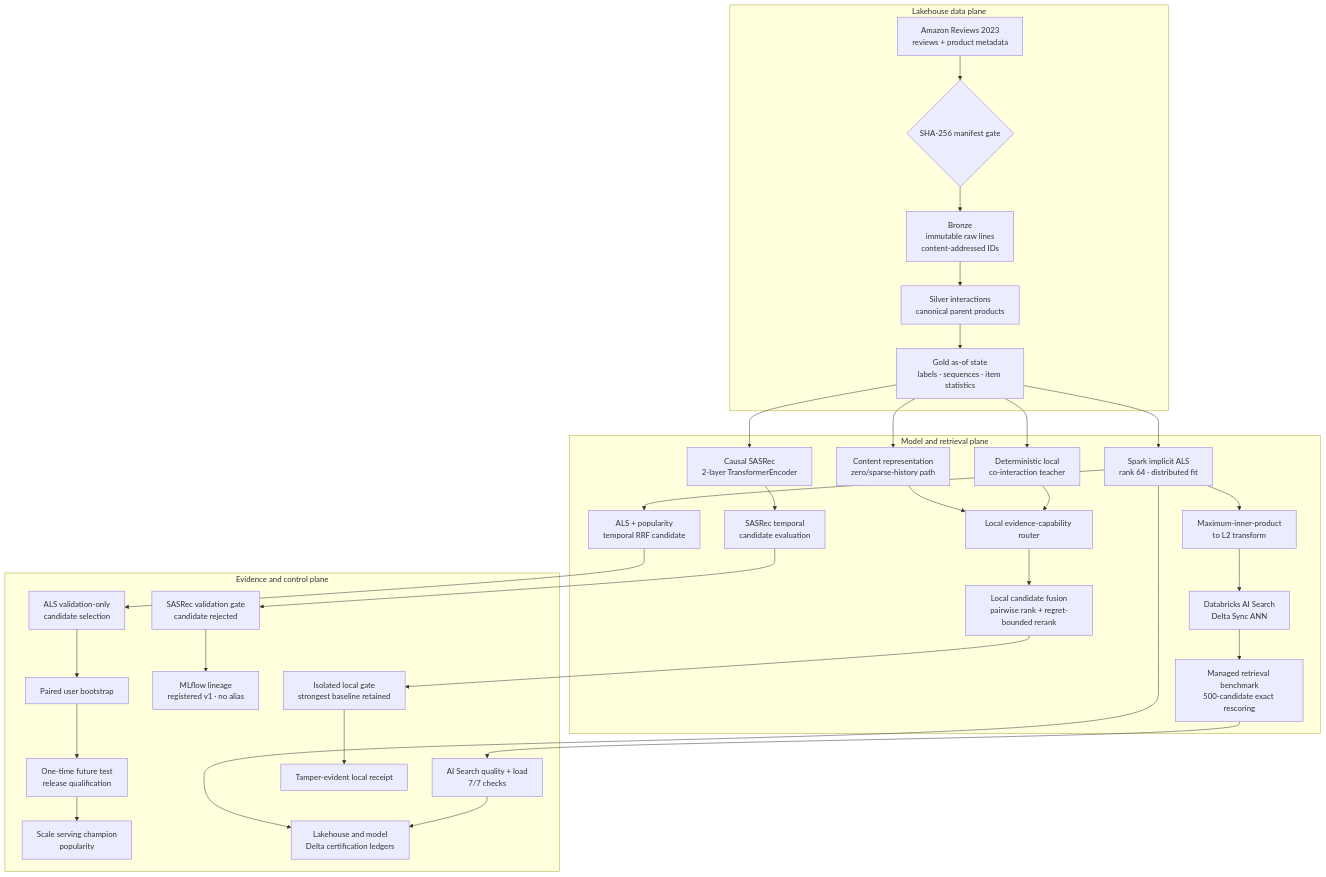
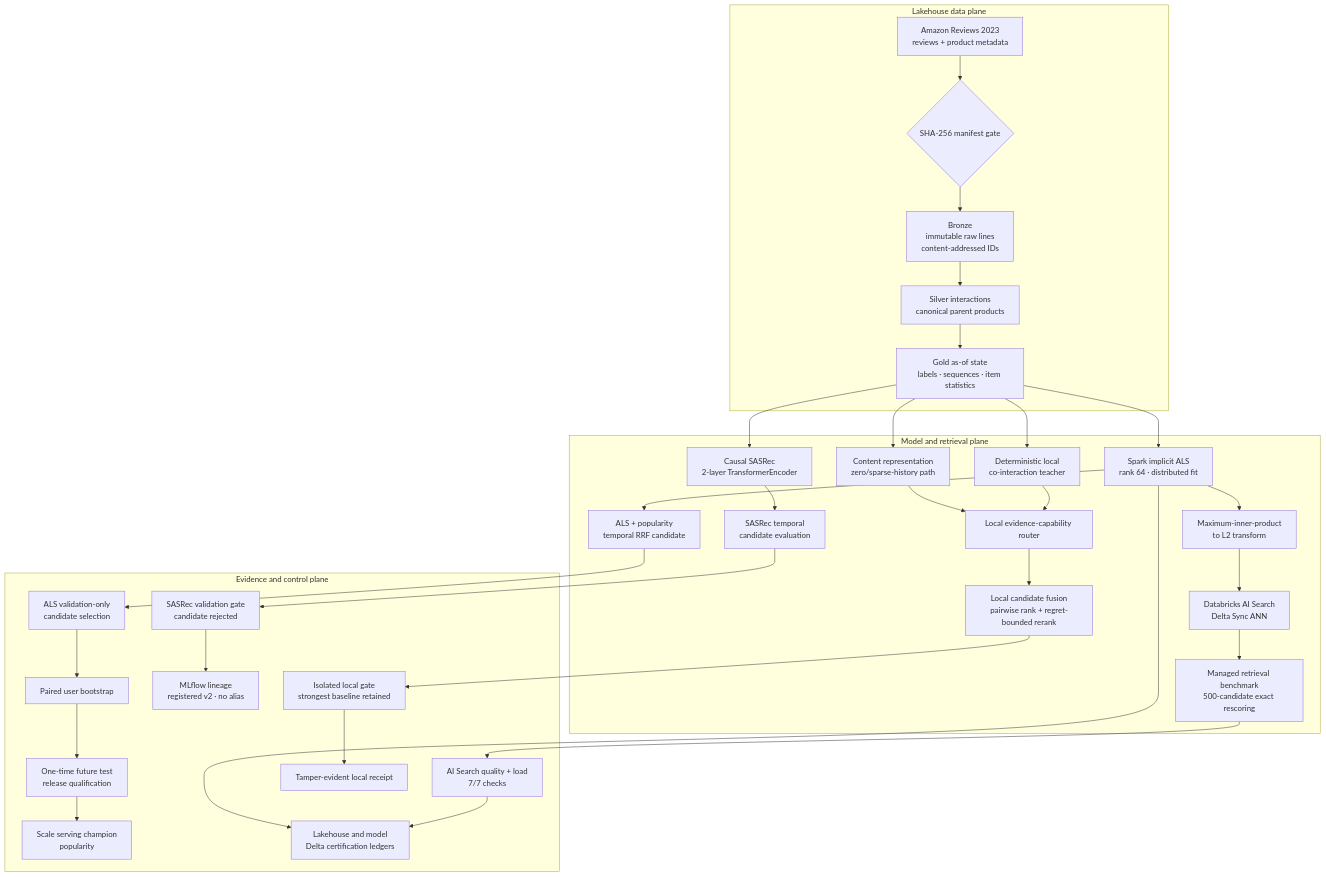
Before and after one commit to darshgarg7/Recommender-Lakehouse: the first of 3 diagrams in diagram.md, drawn with Mermaid. The commit also changed other lines of this file and 43 other files, not shown here.

````diff
--- a/diagram.md
+++ b/diagram.md
@@ -20,57 +21,57 @@
 ```mermaid
 flowchart TB
     subgraph DP["Lakehouse data plane"]
         SRC["Amazon Reviews 2023<br/>reviews + product metadata"]
         HASH{"SHA-256 manifest gate"}
         BR["Bronze<br/>immutable raw lines<br/>content-addressed IDs"]
         SI["Silver interactions<br/>canonical parent products"]
         GO["Gold as-of state<br/>labels · sequences · item statistics"]
 
         SRC --> HASH --> BR --> SI --> GO
     end
 
     subgraph MP["Model and retrieval plane"]
         CONTENT["Content representation<br/>zero/sparse-history path"]
         TEACHER["Deterministic local<br/>co-interaction teacher"]
         ALS["Spark implicit ALS<br/>rank 64 · distributed fit"]
         RRF["ALS + popularity<br/>temporal RRF candidate"]
         SAS["Causal SASRec<br/>2-layer TransformerEncoder"]
         SASEVAL["SASRec temporal<br/>candidate evaluation"]
         ROUTER["Local evidence-capability router"]
         MIPS["Maximum-inner-product<br/>to L2 transform"]
         SEARCH["Databricks AI Search<br/>Delta Sync ANN"]
         RESCORE["Managed retrieval benchmark<br/>500-candidate exact rescoring"]
         LOCAL["Local candidate fusion<br/>pairwise rank + regret-bounded rerank"]
 
         GO --> CONTENT --> ROUTER
         GO --> TEACHER --> ROUTER
         GO --> ALS --> RRF
         GO --> SAS --> SASEVAL
         ALS --> MIPS --> SEARCH --> RESCORE
         ROUTER --> LOCAL
     end
 
     subgraph CP["Evidence and control plane"]
         VAL["ALS validation-only<br/>candidate selection"]
         BOOT["Paired user bootstrap"]
         TEST["One-time future test<br/>release qualification"]
         POP["Scale serving champion<br/>popularity"]
         SASGATE["SASRec validation gate<br/>candidate rejected"]
-        MLF["MLflow lineage<br/>registered v1 · no alias"]
+        MLF["MLflow lineage<br/>registered v2 · no alias"]
         VCERT["AI Search quality + load<br/>7/7 checks"]
         CERT["Lakehouse and model<br/>Delta certification ledgers"]
         LOCALGATE["Isolated local gate<br/>strongest baseline retained"]
         RECEIPT["Tamper-evident local receipt"]
 
         VAL --> BOOT --> TEST --> POP
         SASGATE --> MLF
         LOCALGATE --> RECEIPT
         ALS --> CERT
         VCERT --> CERT
     end
 
     RRF --> VAL
     SASEVAL --> SASGATE
     RESCORE --> VCERT
     LOCAL --> LOCALGATE
 ```
````
